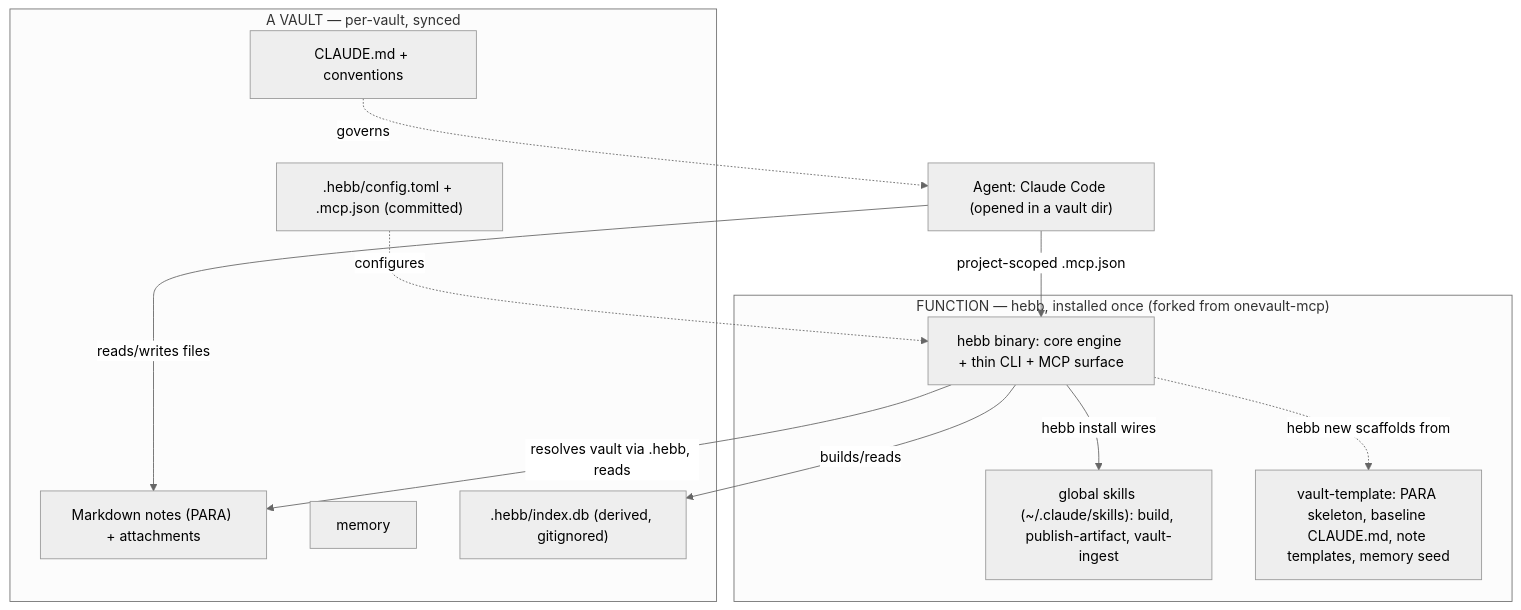
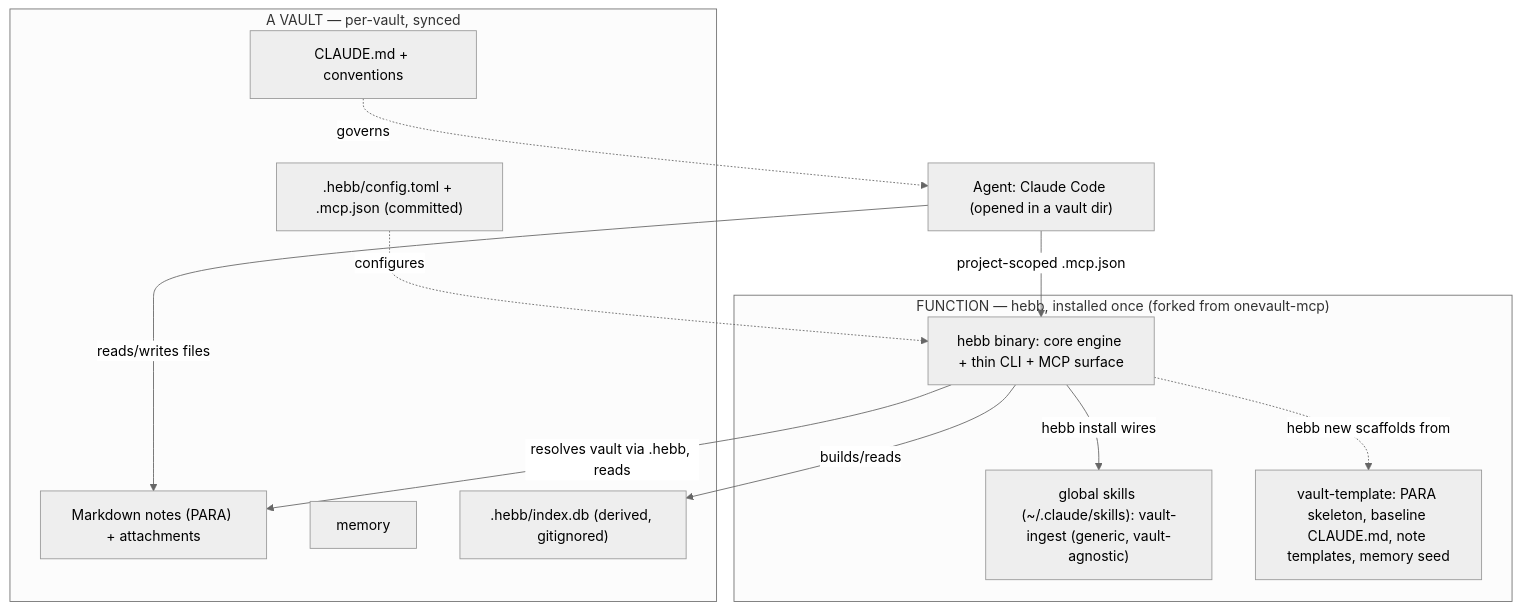
Before and after one commit to cizer/hebb: the diagram in ARCHITECTURE.md, drawn with Mermaid (neutral theme). The commit also changed other lines of this file and 3 other files, not shown here.

First line of the commit message:
feat: migrate vault-ingest as a generic global skill

````diff
--- a/ARCHITECTURE.md
+++ b/ARCHITECTURE.md
@@ -49,27 +49,27 @@
 ```mermaid
 flowchart TB
   AGENT["Agent: Claude Code (opened in a vault dir)"]
 
   subgraph SHARED["FUNCTION — hebb, installed once (forked from onevault-mcp)"]
     BIN["hebb binary: core engine + thin CLI + MCP surface"]
-    SK["global skills (~/.claude/skills): build, publish-artifact, vault-ingest"]
+    SK["global skills (~/.claude/skills): vault-ingest (generic, vault-agnostic)"]
     TPL["vault-template: PARA skeleton, baseline CLAUDE.md, note templates, memory seed"]
   end
 
   subgraph VAULT["A VAULT — per-vault, synced"]
     MD["Markdown notes (PARA) + attachments"]
     MEM["memory"]
     CONV["CLAUDE.md + conventions"]
     HCFG[".hebb/config.toml + .mcp.json (committed)"]
     IDX[".hebb/index.db (derived, gitignored)"]
   end
 
   AGENT -->|reads/writes files| MD
   AGENT -->|project-scoped .mcp.json| BIN
   BIN -->|resolves vault via .hebb, reads| MD
   BIN -->|builds/reads| IDX
   BIN -->|hebb install wires| SK
   BIN -.hebb new scaffolds from.-> TPL
   HCFG -.configures.-> BIN
   CONV -.governs.-> AGENT
 ```
````
